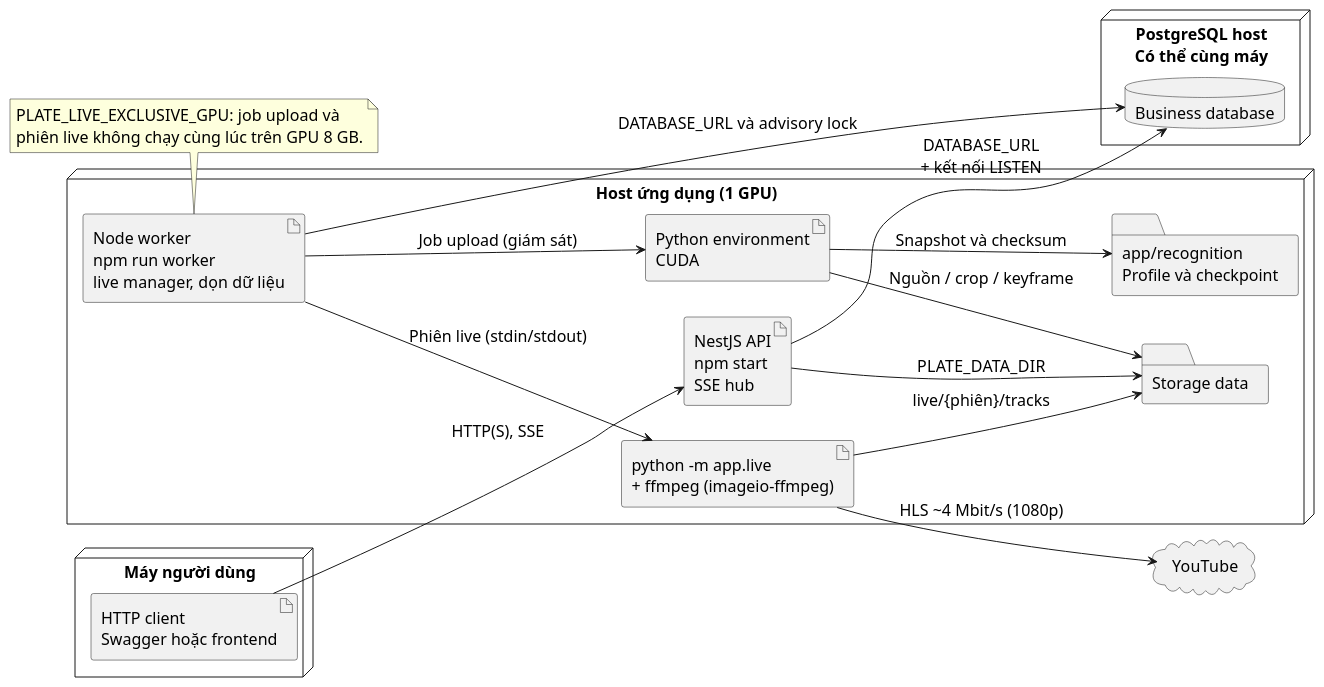
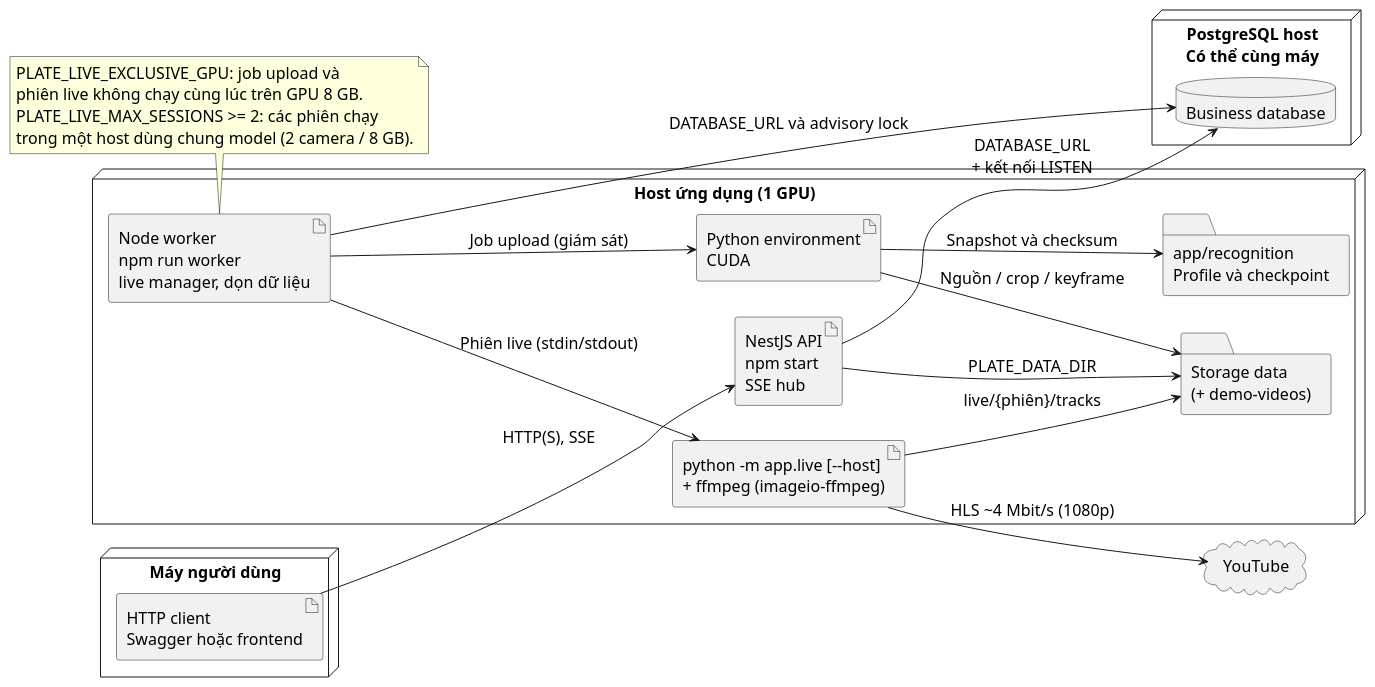
The diagram in docs/analysis/diagrams/16-deployment.puml (Oszumeiii/Vehicle_Tracking_BE), drawn with PlantUML before and after one commit. The commit also changed 24 other files, not shown here.

First line of the commit message:
docs(analysis): version 1.3 with demo cameras, labelling and multi-camera

```diff
--- a/docs/analysis/diagrams/16-deployment.puml
+++ b/docs/analysis/diagrams/16-deployment.puml
@@ -1,36 +1,38 @@
 @startuml
 skinparam defaultFontName Arial
 skinparam defaultFontSize 16
 skinparam shadowing false
 skinparam backgroundColor white
 left to right direction
 node "Máy người dùng" {
   artifact "HTTP client\nSwagger hoặc frontend" as client
 }
 node "Host ứng dụng (1 GPU)" {
   artifact "NestJS API\nnpm start\nSSE hub" as api
   artifact "Node worker\nnpm run worker\nlive manager, dọn dữ liệu" as worker
   artifact "Python environment\nCUDA" as python
-  artifact "python -m app.live\n+ ffmpeg (imageio-ffmpeg)" as live
-  folder "Storage data" as storage
+  artifact "python -m app.live [--host]\n+ ffmpeg (imageio-ffmpeg)" as live
+  folder "Storage data\n(+ demo-videos)" as storage
   folder "app/recognition\nProfile và checkpoint" as model
 }
 node "PostgreSQL host\nCó thể cùng máy" {
   database "Business database" as db
 }
 cloud "YouTube" as youtube
 client --> api : HTTP(S), SSE
 api --> db : DATABASE_URL\n+ kết nối LISTEN
 worker --> db : DATABASE_URL và advisory lock
 api --> storage : PLATE_DATA_DIR
 worker --> python : Job upload (giám sát)
 worker --> live : Phiên live (stdin/stdout)
 live --> youtube : HLS ~4 Mbit/s (1080p)
 python --> storage : Nguồn / crop / keyframe
 live --> storage : live/{phiên}/tracks
 python --> model : Snapshot và checksum
 note bottom of worker
   PLATE_LIVE_EXCLUSIVE_GPU: job upload và
   phiên live không chạy cùng lúc trên GPU 8 GB.
+  PLATE_LIVE_MAX_SESSIONS >= 2: các phiên chạy
+  trong một host dùng chung model (2 camera / 8 GB).
 end note
 @enduml
```
